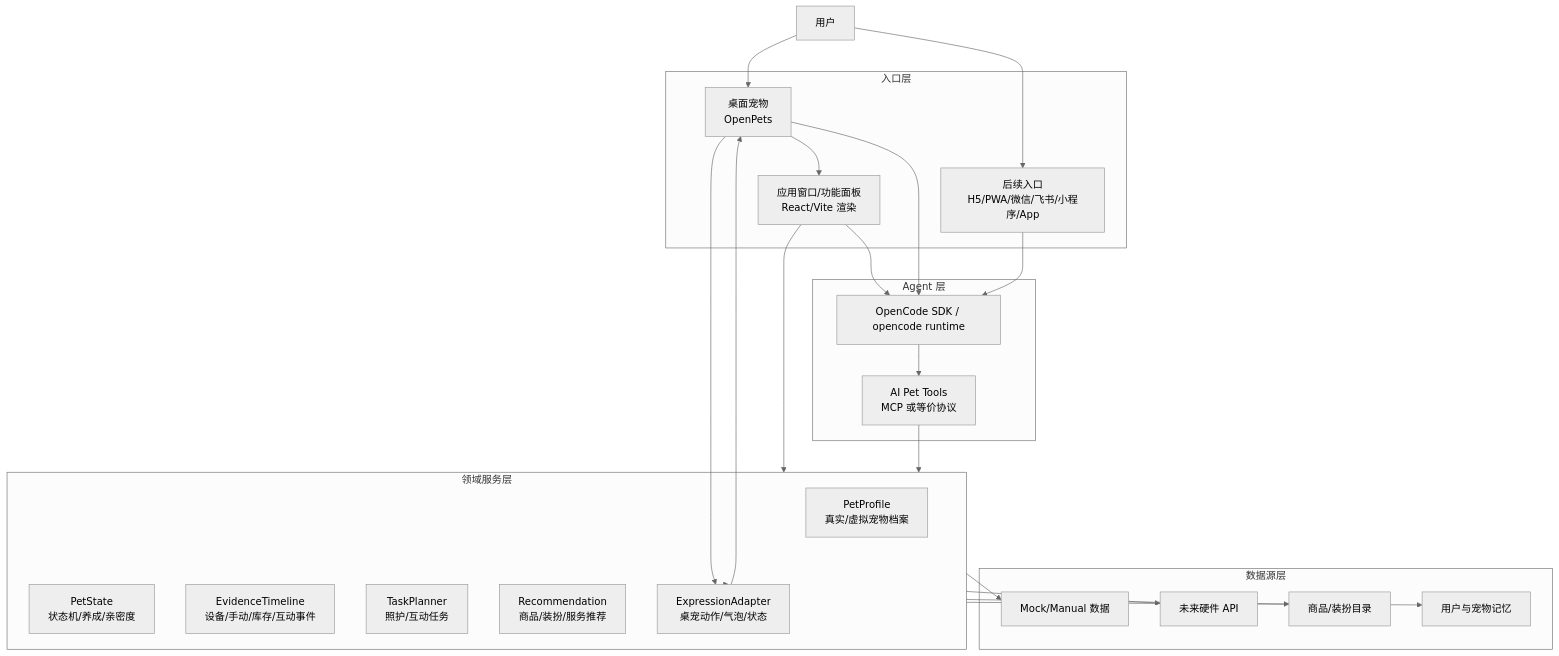
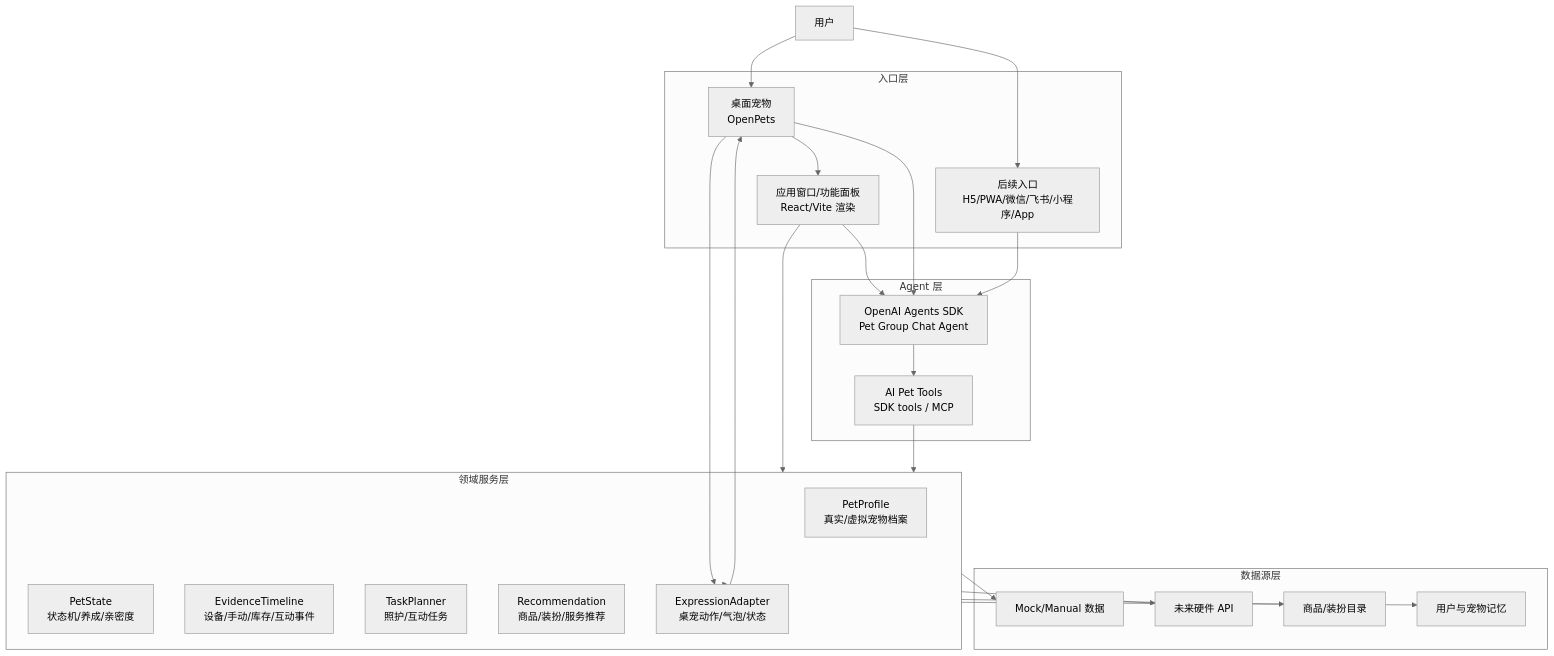
The diagram in ai-pet/docs/architecture/technical-architecture-2026-05-30.md (rc314159-creator/ai_pet_nono), drawn with Mermaid (neutral theme) before and after one commit. The commit also changed other lines of this file and 384 other files, not shown here.

````diff
--- a/ai-pet/docs/architecture/technical-architecture-2026-05-30.md
+++ b/ai-pet/docs/architecture/technical-architecture-2026-05-30.md
@@ -38,48 +39,48 @@
 ```mermaid
 flowchart TD
   User["用户"]
 
   subgraph Channels["入口层"]
     AppWindow["应用窗口/功能面板<br/>React/Vite 渲染"]
     Desktop["桌面宠物<br/>OpenPets"]
     FutureMobile["后续入口<br/>H5/PWA/微信/飞书/小程序/App"]
   end
 
   subgraph AgentLayer["Agent 层"]
-    Agent["OpenCode SDK / opencode runtime"]
-    Tools["AI Pet Tools<br/>MCP 或等价协议"]
+    Agent["OpenAI Agents SDK<br/>Pet Group Chat Agent"]
+    Tools["AI Pet Tools<br/>SDK tools / MCP"]
   end
 
   subgraph Domain["领域服务层"]
     Profile["PetProfile<br/>真实/虚拟宠物档案"]
     State["PetState<br/>状态机/养成/亲密度"]
     Evidence["EvidenceTimeline<br/>设备/手动/库存/互动事件"]
     Task["TaskPlanner<br/>照护/互动任务"]
     Commerce["Recommendation<br/>商品/装扮/服务推荐"]
     Expression["ExpressionAdapter<br/>桌宠动作/气泡/状态"]
   end
 
   subgraph Data["数据源层"]
     Mock["Mock/Manual 数据"]
     Hardware["未来硬件 API"]
     Catalog["商品/装扮目录"]
     Memory["用户与宠物记忆"]
   end
 
   User --> Desktop
   Desktop --> AppWindow
   User --> FutureMobile
   AppWindow --> Domain
   Desktop --> Expression
   AppWindow --> Agent
   Desktop --> Agent
   FutureMobile --> Agent
   Agent --> Tools
   Tools --> Domain
   Domain --> Mock
   Domain --> Hardware
   Domain --> Catalog
   Domain --> Memory
   Domain --> Expression
   Expression --> Desktop
 ```
````
